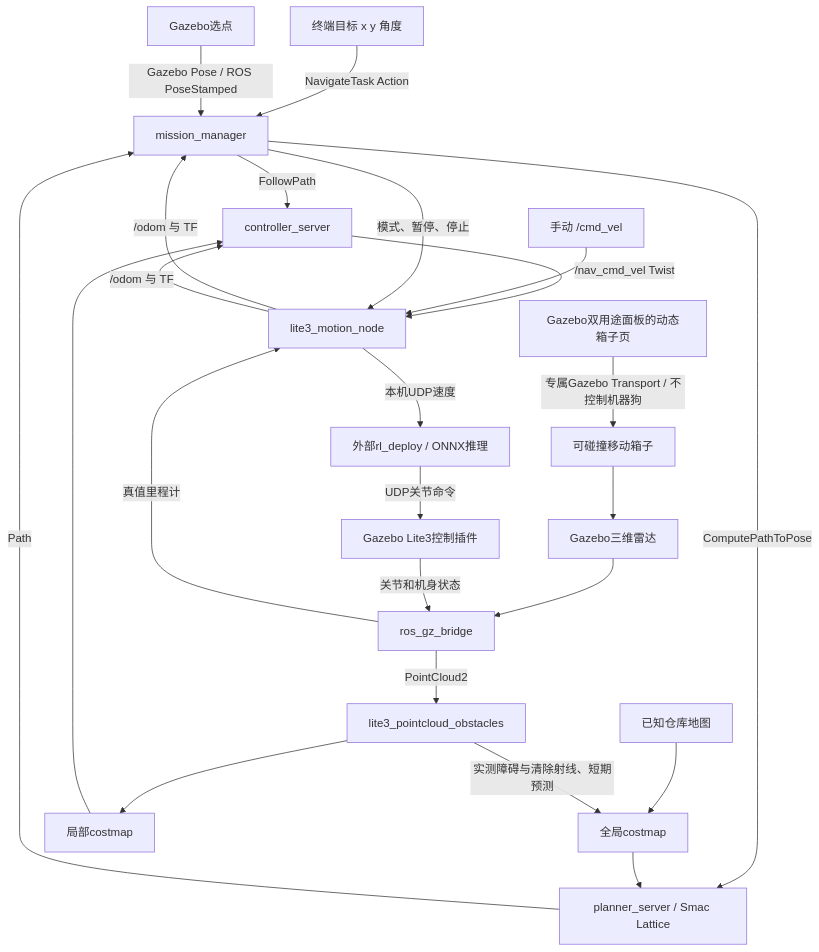
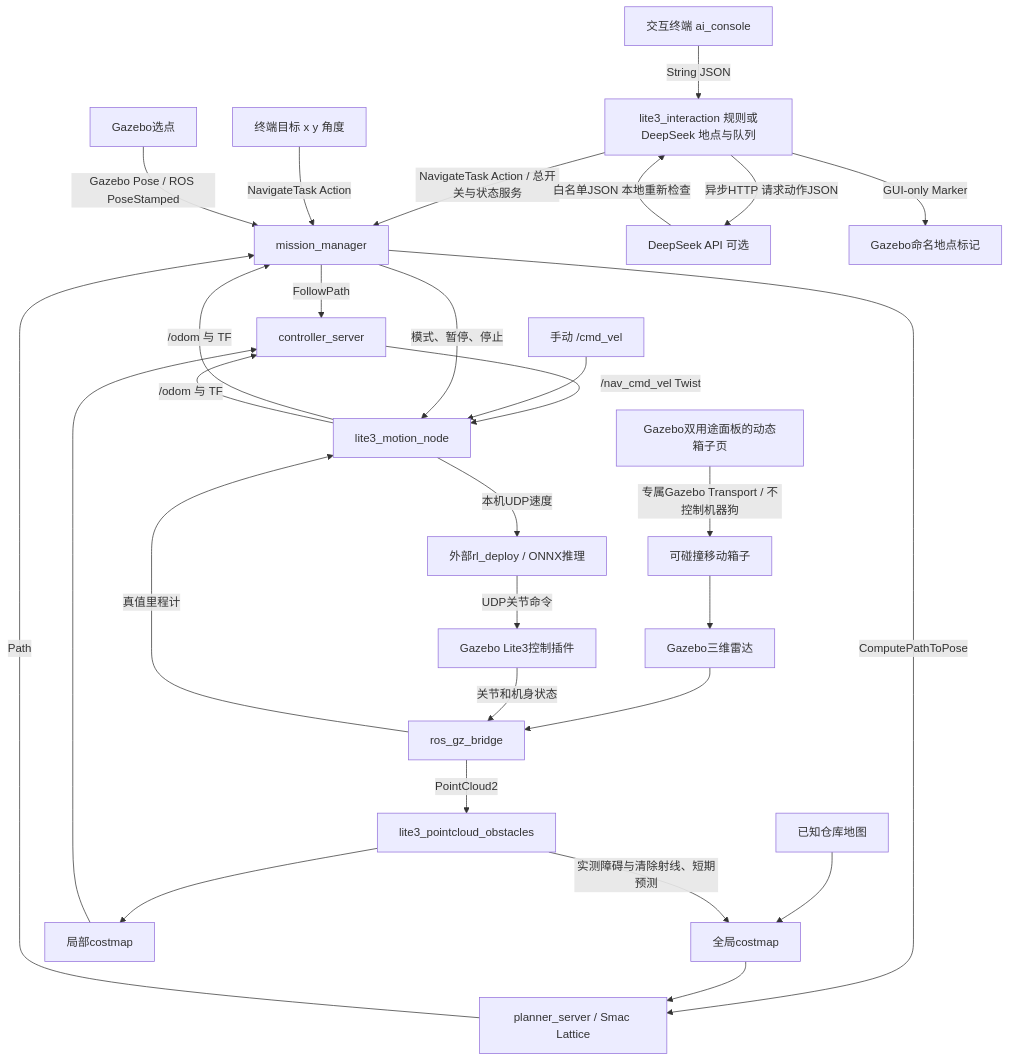
One commit to STAR-626/lite3_ros2_navigation changed the diagram in docs/CURRENT_ARCHITECTURE.md. Above: the diagram before and after it, drawn with Mermaid. The commit also changed other lines of this file and 127 other files, not shown here.

Commit message:
Add DeepSeek task agent, semantic environment and AI course reports

````diff
--- a/docs/CURRENT_ARCHITECTURE.md
+++ b/docs/CURRENT_ARCHITECTURE.md
@@ -7,26 +37,31 @@
 ```mermaid
 flowchart TD
+  AI[交互终端 ai_console] -->|String JSON| ENTRY[lite3_interaction 规则或DeepSeek 地点与队列]
+  ENTRY -->|NavigateTask Action / 总开关与状态服务| M
+  ENTRY -->|异步HTTP 请求动作JSON| API[DeepSeek API 可选]
+  API -->|白名单JSON 本地重新检查| ENTRY
+  ENTRY -->|GUI-only Marker| LABEL[Gazebo命名地点标记]
   CLI[终端目标 x y 角度] -->|NavigateTask Action| M[mission_manager]
   GP[Gazebo选点] -->|Gazebo Pose / ROS PoseStamped| M
   MAP[已知仓库地图] --> GC[全局costmap]
   LID[Gazebo三维雷达] --> B[ros_gz_bridge]
   B -->|PointCloud2| F[lite3_pointcloud_obstacles]
   F -->|实测障碍与清除射线、短期预测| GC
   F --> LC[局部costmap]
   M -->|ComputePathToPose| P[planner_server / Smac Lattice]
   GC --> P
   P -->|Path| M
   M -->|FollowPath| C[controller_server]
   LC --> C
   C -->|/nav_cmd_vel Twist| MOV[lite3_motion_node]
   MAN[手动 /cmd_vel] --> MOV
   M -->|模式、暂停、停止| MOV
   MOV -->|本机UDP速度| RL[外部rl_deploy / ONNX推理]
   RL -->|UDP关节命令| G[Gazebo Lite3控制插件]
   G -->|关节和机身状态| B
   B -->|真值里程计| MOV
   MOV -->|/odom 与 TF| M
   MOV -->|/odom 与 TF| C
   BOX[Gazebo双用途面板的动态箱子页] -->|专属Gazebo Transport / 不控制机器狗| OBJ[可碰撞移动箱子]
   OBJ --> LID
 ```
````
